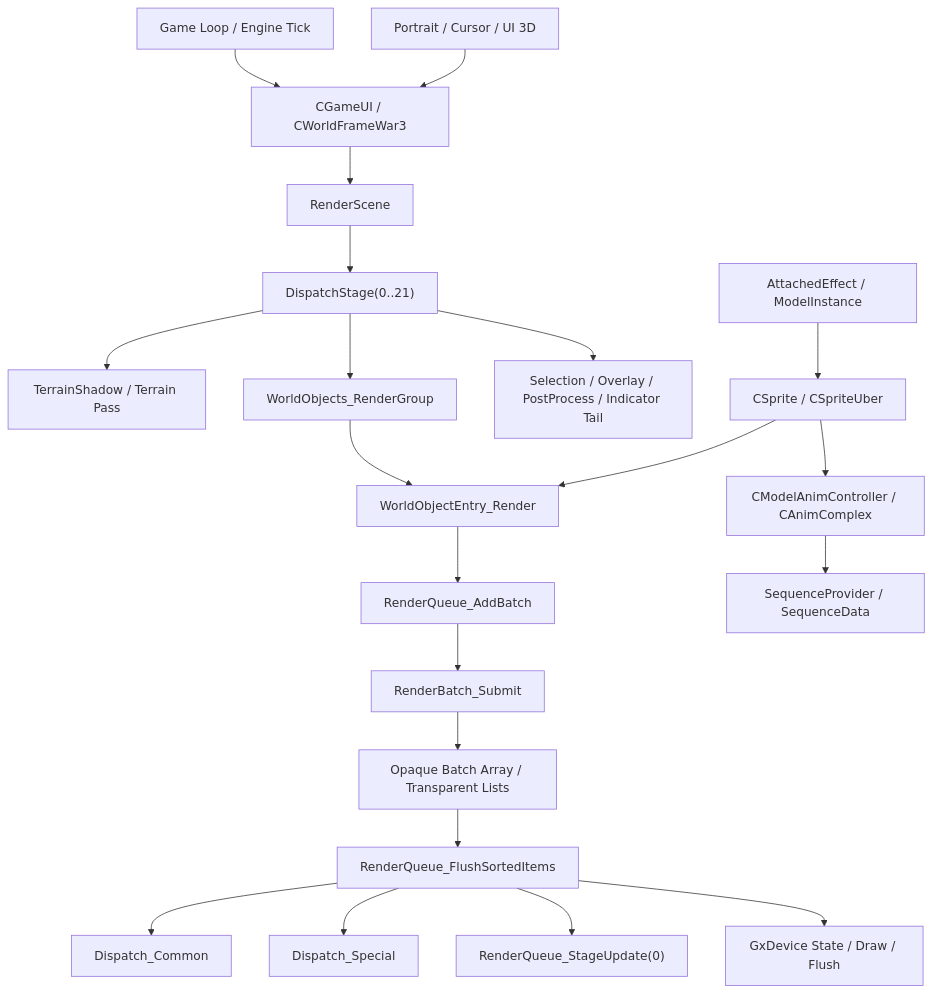
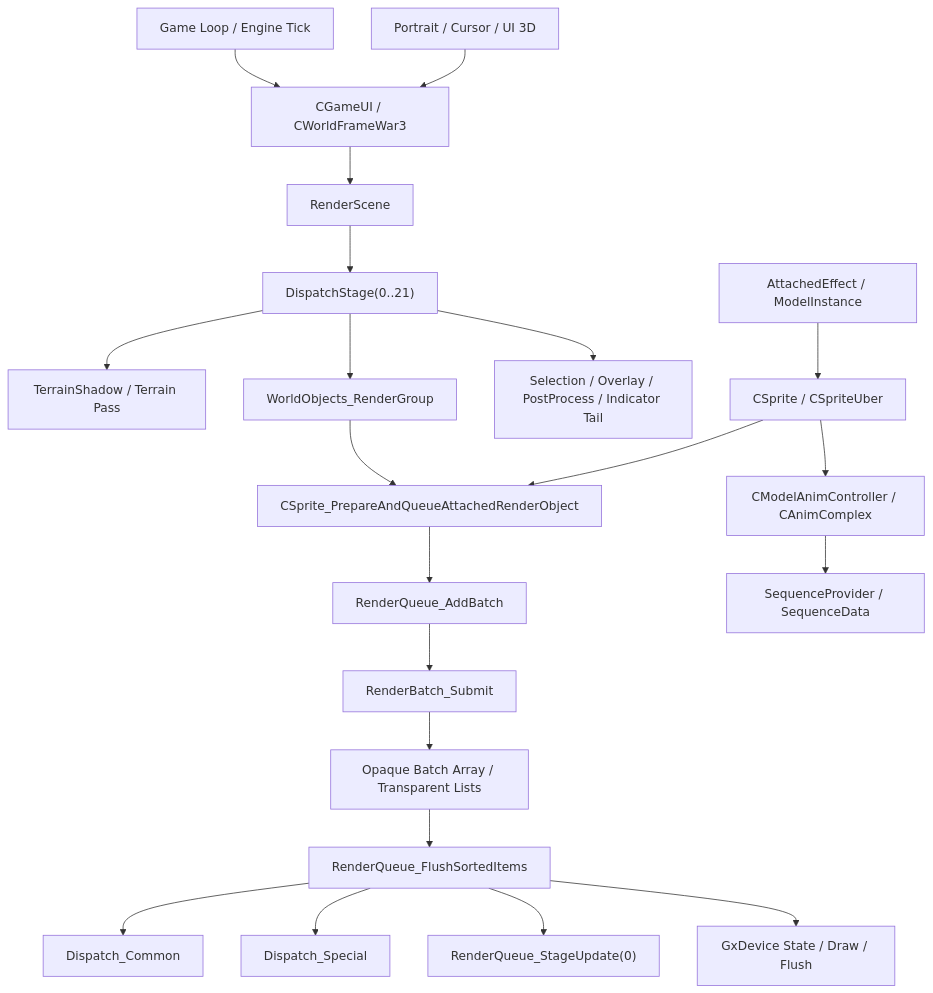
Before and after one commit to CallDisaster/War3VK: the first of 2 diagrams in docs/research/war3_render_issues/19_blizzard_native_render_engine_full_reverse/README.md, drawn with Mermaid. The commit also changed other lines of this file and 272 other files, not shown here.

````diff
--- a/docs/research/war3_render_issues/19_blizzard_native_render_engine_full_reverse/README.md
+++ b/docs/research/war3_render_issues/19_blizzard_native_render_engine_full_reverse/README.md
@@ -23,28 +30,28 @@
 ```mermaid
 flowchart TD
   A["Game Loop / Engine Tick"] --> B["CGameUI / CWorldFrameWar3"]
   B --> C["RenderScene"]
   C --> D["DispatchStage(0..21)"]
 
   D --> E["TerrainShadow / Terrain Pass"]
   D --> F["WorldObjects_RenderGroup"]
   D --> G["Selection / Overlay / PostProcess / Indicator Tail"]
 
-  F --> H["WorldObjectEntry_Render"]
+  F --> H["CSprite_PrepareAndQueueAttachedRenderObject"]
   H --> I["RenderQueue_AddBatch"]
   I --> J["RenderBatch_Submit"]
   J --> K["Opaque Batch Array / Transparent Lists"]
 
   K --> L["RenderQueue_FlushSortedItems"]
   L --> M["Dispatch_Common"]
   L --> N["Dispatch_Special"]
   L --> O["RenderQueue_StageUpdate(0)"]
   L --> P["GxDevice State / Draw / Flush"]
 
   Q["CSprite / CSpriteUber"] --> H
   Q --> R["CModelAnimController / CAnimComplex"]
   R --> S["SequenceProvider / SequenceData"]
 
   T["AttachedEffect / ModelInstance"] --> Q
   U["Portrait / Cursor / UI 3D"] --> B
 ```
````
